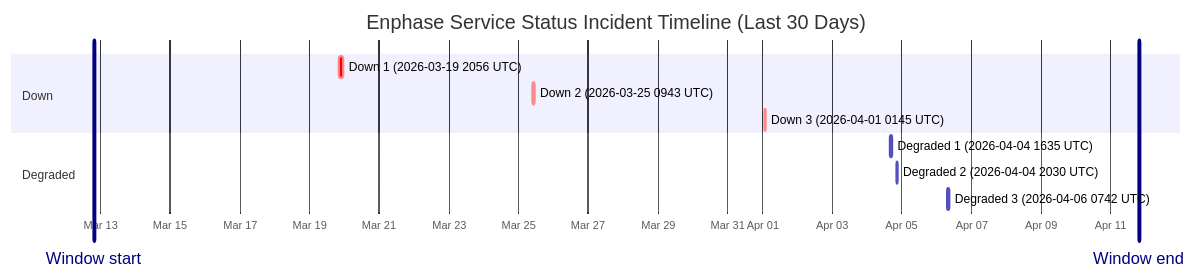
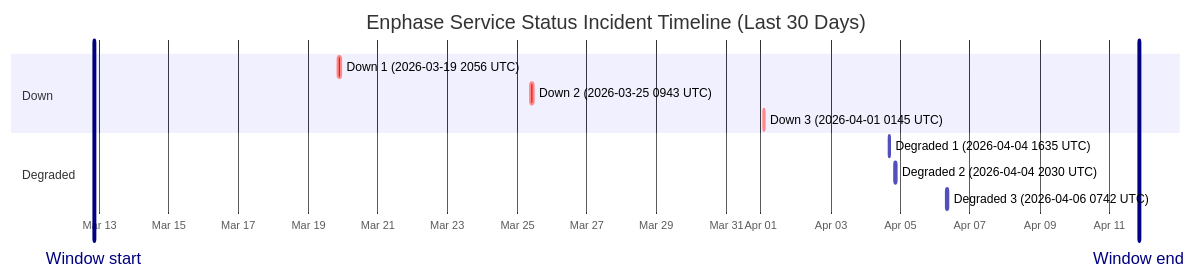
One commit to barneyonline/ha-enphase-ev-charger changed the diagram in wiki/Service-Status-History.md. Above: the diagram before and after it, drawn with Mermaid. The commit also changed other lines of this file and 3 other files, not shown here.

````diff
--- a/wiki/Service-Status-History.md
+++ b/wiki/Service-Status-History.md
@@ -14,16 +14,16 @@
 ```mermaid
 gantt
     title Enphase Service Status Incident Timeline (Last 30 Days)
     dateFormat  YYYY-MM-DDTHH:mm:ss
     axisFormat  %b %d
-    Window start :vert, window-start, 2026-03-12T19:34:09, 0ms
-    Window end :vert, window-end, 2026-04-11T19:34:09, 0ms
+    Window start :vert, window-start, 2026-03-12T20:32:29, 0ms
+    Window end :vert, window-end, 2026-04-11T20:32:29, 0ms
     section Down
     Down 1 (2026-03-19 2056 UTC) :crit, down-1, 2026-03-19T20:56:20, 145m
     Down 2 (2026-03-25 0943 UTC) :crit, down-2, 2026-03-25T09:43:28, 111m
     Down 3 (2026-04-01 0145 UTC) :crit, down-3, 2026-04-01T01:45:09, 60m
     section Degraded
     Degraded 1 (2026-04-04 1635 UTC) :active, degraded-1, 2026-04-04T16:35:17, 60m
     Degraded 2 (2026-04-04 2030 UTC) :active, degraded-2, 2026-04-04T20:30:40, 60m
     Degraded 3 (2026-04-06 0742 UTC) :active, degraded-3, 2026-04-06T07:42:09, 85m
 ```
````
